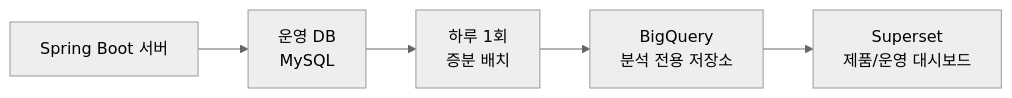
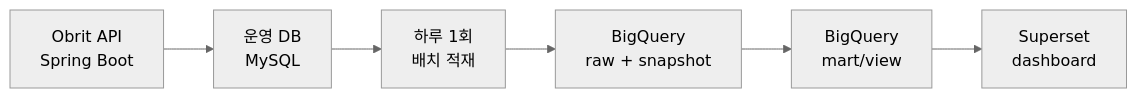
Before and after one commit to depromeet/18th-team6-server: the diagram in docs/plans/2026-06-23-data-pipeline.md, drawn with Mermaid (neutral theme). The commit also changed other lines of this file, not shown here.

````diff
--- a/docs/plans/2026-06-23-data-pipeline.md
+++ b/docs/plans/2026-06-23-data-pipeline.md
@@ -9,7 +15,8 @@
 ```mermaid
 flowchart LR
-    A["Spring Boot 서버"] --> B["운영 DB<br/>MySQL"]
-    B --> C["하루 1회<br/>증분 배치"]
-    C --> D["BigQuery<br/>분석 전용 저장소"]
-    D --> E["Superset<br/>제품/운영 대시보드"]
+    A["Obrit API<br/>Spring Boot"] --> B["운영 DB<br/>MySQL"]
+    B --> C["하루 1회<br/>배치 적재"]
+    C --> D["BigQuery<br/>raw + snapshot"]
+    D --> E["BigQuery<br/>mart/view"]
+    E --> F["Superset<br/>dashboard"]
 ```
````
